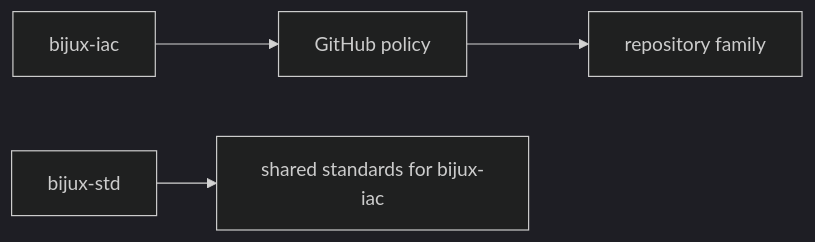
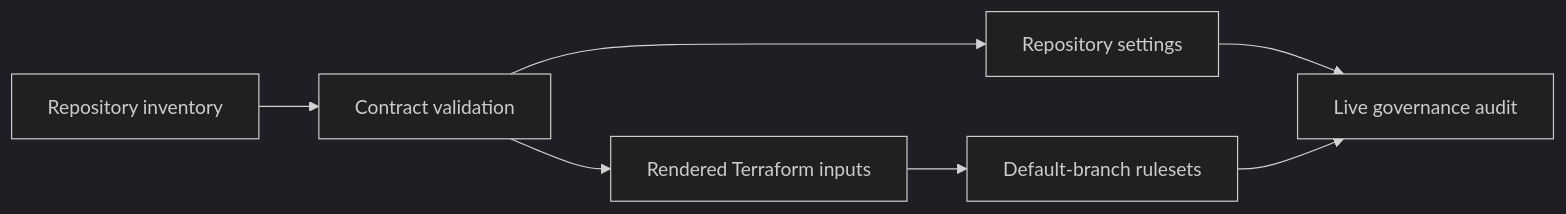
The first of 2 diagrams in docs/02-bijux-iac/index.md (bijux/bijux.github.io), drawn with Mermaid (dark theme) before and after one commit. The commit also changed other lines of this file and 2 other files, not shown here.

Commit message:
docs(governance): document plan apply and live audit boundaries

````diff
--- a/docs/02-bijux-iac/index.md
+++ b/docs/02-bijux-iac/index.md
@@ -78,6 +31,9 @@
 ```mermaid
-graph LR
-    iac["bijux-iac"] --> policy["GitHub policy"]
-    policy --> repos["repository family"]
-    std["bijux-std"] --> iacrepo["shared standards for bijux-iac"]
+flowchart LR
+    inventory["Repository inventory"] --> validate["Contract validation"]
+    validate --> settings["Repository settings"]
+    validate --> render["Rendered Terraform inputs"]
+    render --> rulesets["Default-branch rulesets"]
+    settings --> audit["Live governance audit"]
+    rulesets --> audit
 ```
````
